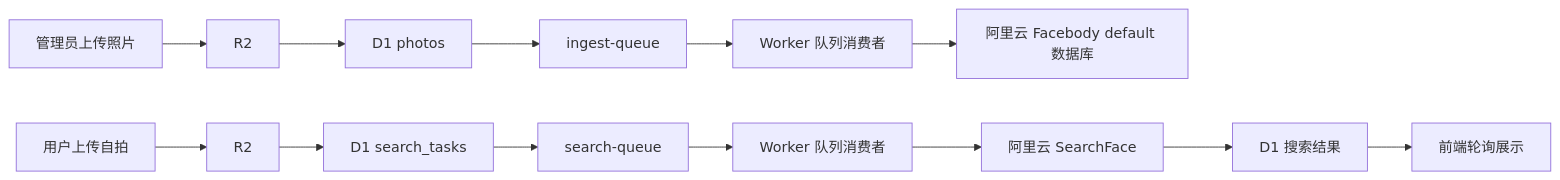
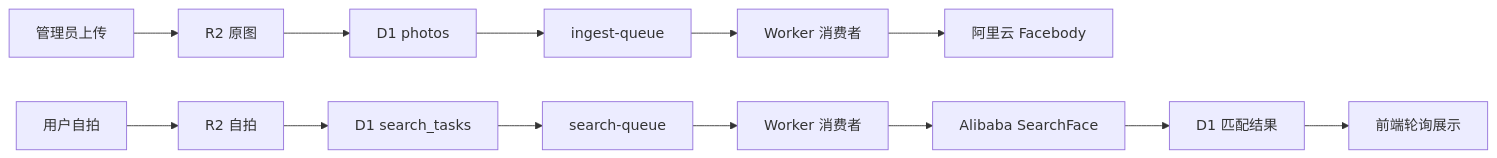
The diagram in README_zh.md (ChinoArror/picture-distributor), drawn with Mermaid before and after one commit. The commit also changed other lines of this file and 37 other files, not shown here.

````diff
--- a/README_zh.md
+++ b/README_zh.md
@@ -21,16 +22,16 @@
 ```mermaid
 flowchart LR
-  A[管理员上传照片] --> B[R2]
+  A[管理员上传] --> B[R2 原图]
   B --> C[D1 photos]
   C --> D[ingest-queue]
-  D --> E[Worker 队列消费者]
-  E --> F[阿里云 Facebody default 数据库]
+  D --> E[Worker 消费者]
+  E --> F[阿里云 Facebody]
 
-  G[用户上传自拍] --> H[R2]
+  G[用户自拍] --> H[R2 自拍]
   H --> I[D1 search_tasks]
   I --> J[search-queue]
-  J --> K[Worker 队列消费者]
-  K --> L[阿里云 SearchFace]
-  L --> M[D1 搜索结果]
+  J --> K[Worker 消费者]
+  K --> L[Alibaba SearchFace]
+  L --> M[D1 匹配结果]
   M --> N[前端轮询展示]
 ```
````
